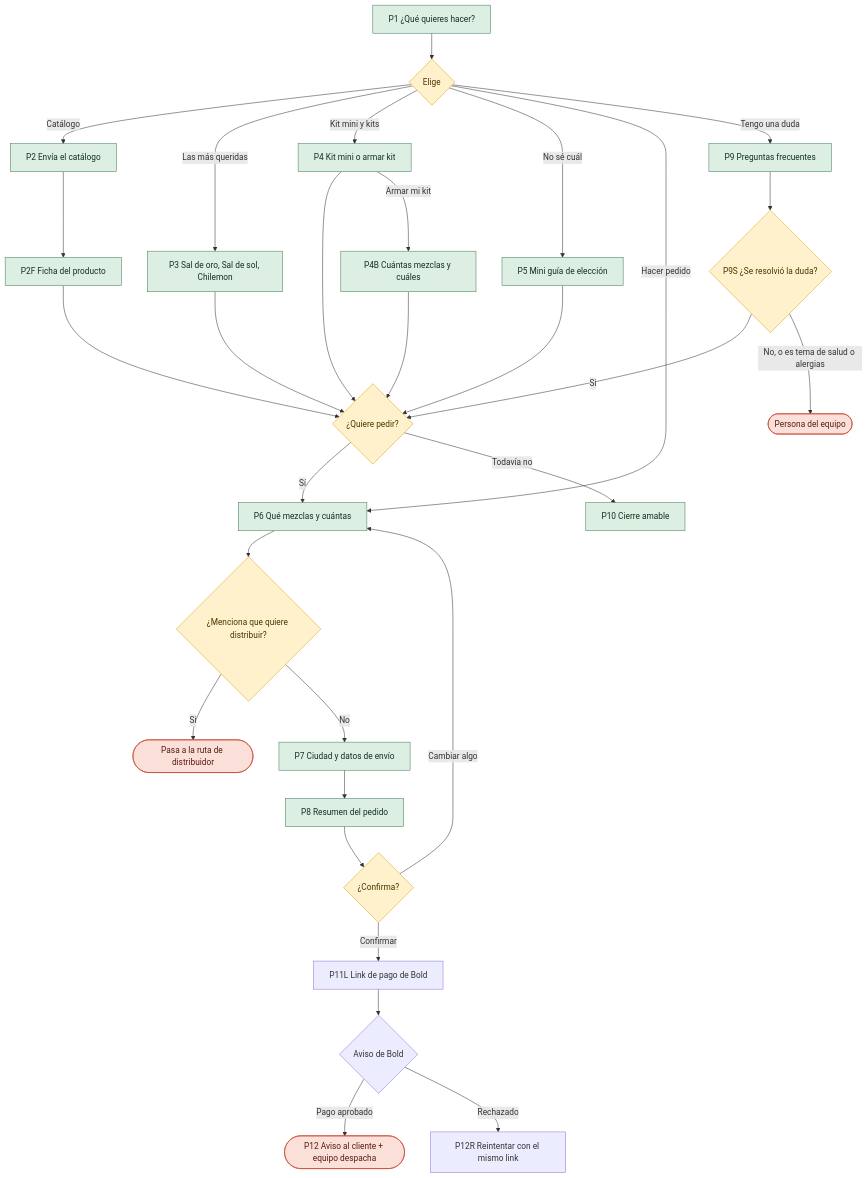
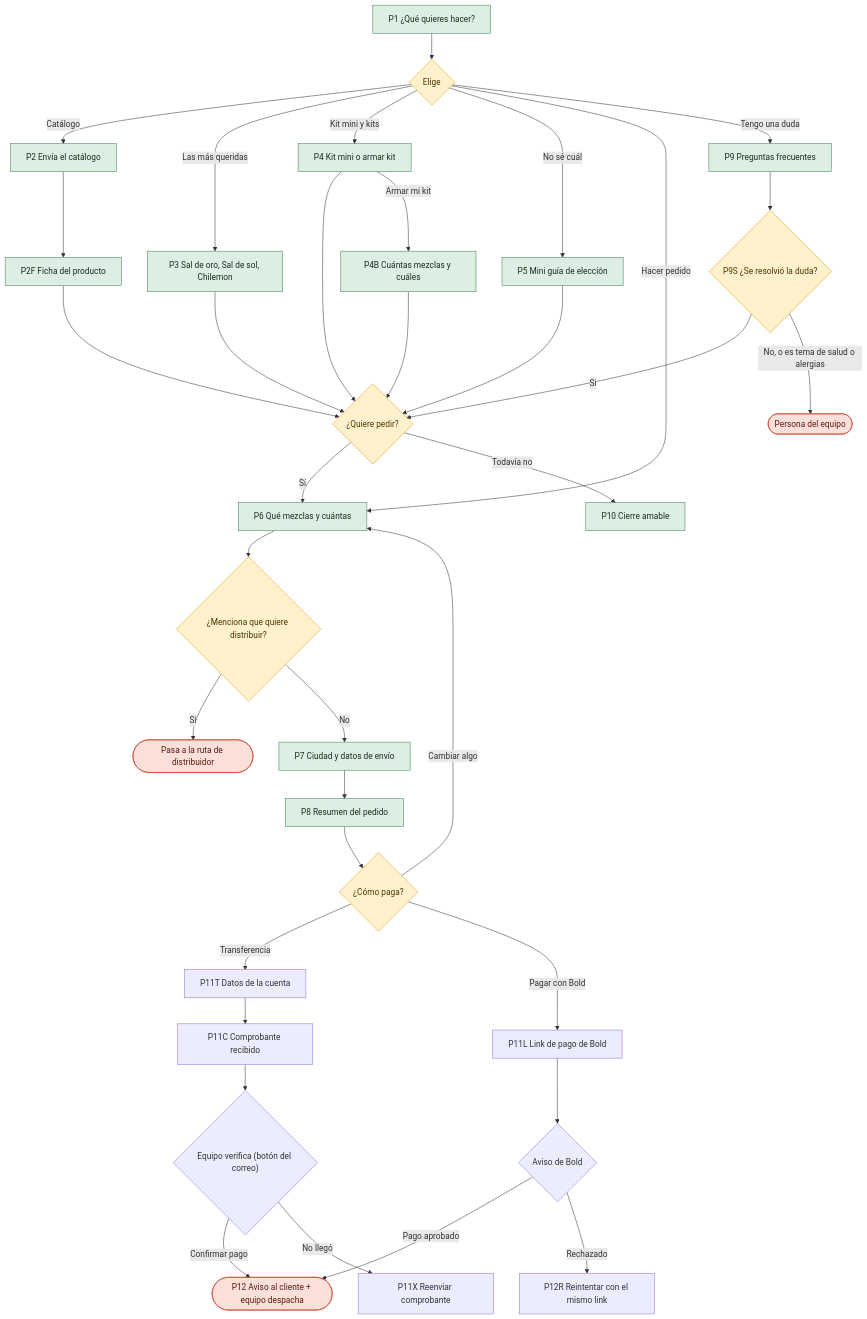
Before and after one commit to saboryarte/saboryartewhatsapp: the second of 8 diagrams in docs/flujos/saboryarte.md, drawn with Mermaid. The commit also changed other lines of this file and 25 other files, not shown here.

First line of the commit message:
feat: Especia, pago por transferencia con comprobante y exporte diario de pedidos

````diff
--- a/docs/flujos/saboryarte.md
+++ b/docs/flujos/saboryarte.md
@@ -75,38 +75,43 @@
 ```mermaid
 flowchart TD
   P1["P1 ¿Qué quieres hacer?"] --> Q{"Elige"}
   Q -->|Catálogo| P2["P2 Envía el catálogo"]
   Q -->|Las más queridas| P3["P3 Sal de oro, Sal de sol, Chilemon"]
   Q -->|Kit mini y kits| P4["P4 Kit mini o armar kit"]
   Q -->|No sé cuál| P5["P5 Mini guía de elección"]
   Q -->|Hacer pedido| P6["P6 Qué mezclas y cuántas"]
   Q -->|Tengo una duda| P9["P9 Preguntas frecuentes"]
   P2 --> P2F["P2F Ficha del producto"]
   P2F --> V{"¿Quiere pedir?"}
   P3 --> V
   P4 --> V
   P5 --> V
   P4 -->|Armar mi kit| P4B["P4B Cuántas mezclas y cuáles"]
   P4B --> V
   V -->|Sí| P6
   V -->|Todavía no| P10["P10 Cierre amable"]
   P6 --> Z{"¿Menciona que quiere distribuir?"}
   Z -->|Sí| DI(["Pasa a la ruta de distribuidor"])
   Z -->|No| P7["P7 Ciudad y datos de envío"]
   P7 --> P8["P8 Resumen del pedido"]
-  P8 --> C{"¿Confirma?"}
+  P8 --> C{"¿Cómo paga?"}
   C -->|Cambiar algo| P6
-  C -->|Confirmar| L["P11L Link de pago de Bold"]
+  C -->|Transferencia| T["P11T Datos de la cuenta"]
+  T --> TC["P11C Comprobante recibido"]
+  TC --> TE{"Equipo verifica (botón del correo)"}
+  TE -->|Confirmar pago| H1
+  TE -->|No llegó| TX["P11X Reenviar comprobante"]
+  C -->|Pagar con Bold| L["P11L Link de pago de Bold"]
   L --> B{"Aviso de Bold"}
   B -->|Pago aprobado| H1(["P12 Aviso al cliente + equipo despacha"])
   B -->|Rechazado| L2["P12R Reintentar con el mismo link"]
   P9 --> W{"P9S ¿Se resolvió la duda?"}
   W -->|Sí| V
   W -->|No, o es tema de salud o alergias| H2(["Persona del equipo"])
   classDef bot fill:#DDEFE3,stroke:#3F7D58,color:#14301F;
   classDef dec fill:#FFF1CC,stroke:#D9A21B,color:#4A3500;
   classDef hum fill:#FBE0DA,stroke:#C8402A,color:#5A1A10;
   class P1,P2,P2F,P3,P4,P4B,P5,P6,P7,P8,P9,P10 bot;
   class Q,V,Z,C,W dec;
   class DI,H1,H2 hum;
 ```
````
